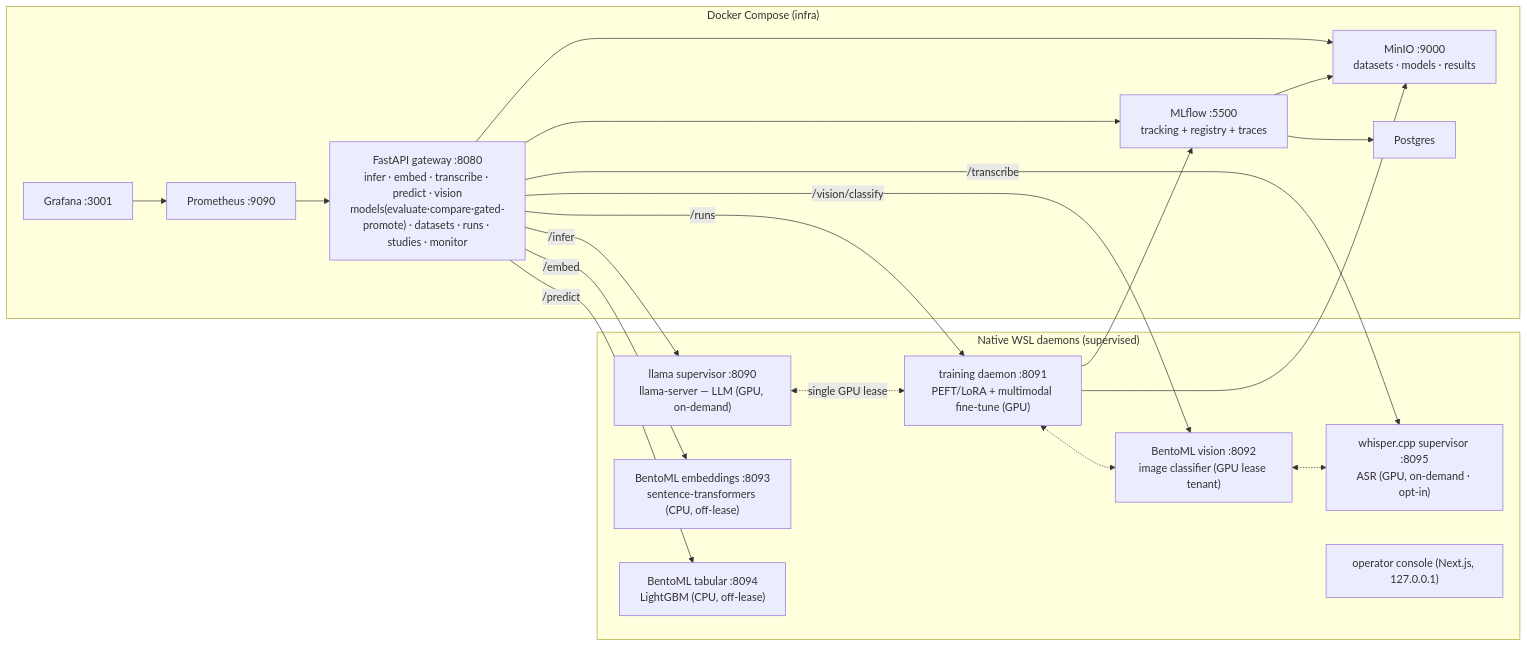
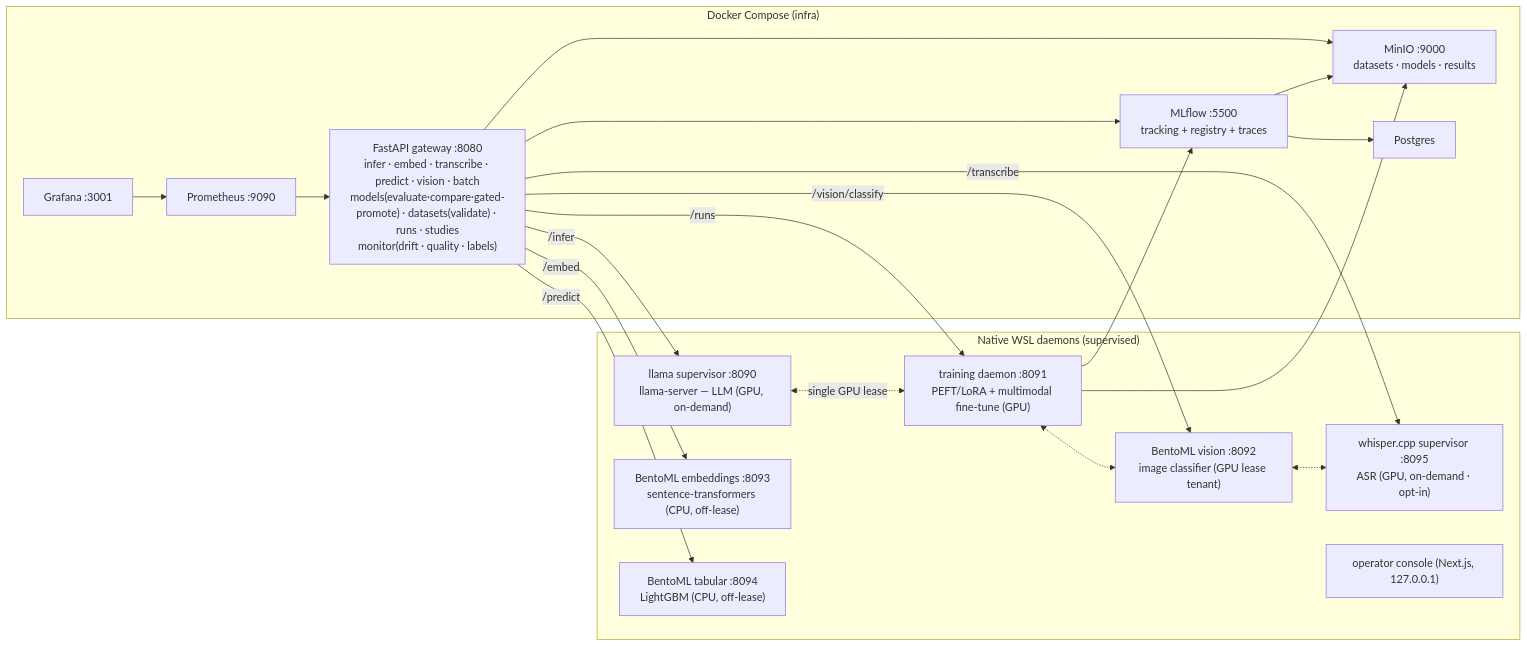
The diagram in README.md (kurtvalcorza/mlops-lite), drawn with Mermaid before and after one commit. The commit also changed other lines of this file and 3 other files, not shown here.

````diff
--- a/README.md
+++ b/README.md
@@ -25,37 +25,37 @@
 ```mermaid
 flowchart LR
   subgraph Compose["Docker Compose (infra)"]
-    GW["FastAPI gateway :8080<br/>infer · embed · transcribe · predict · vision<br/>models(evaluate·compare·gated-promote) · datasets · runs · studies · monitor"]
+    GW["FastAPI gateway :8080<br/>infer · embed · transcribe · predict · vision · batch<br/>models(evaluate·compare·gated-promote) · datasets(validate) · runs · studies<br/>monitor(drift · quality · labels)"]
     MLF["MLflow :5500<br/>tracking + registry + traces"]
     MIN["MinIO :9000<br/>datasets · models · results"]
     PG["Postgres"]
     PR["Prometheus :9090"]
     GR["Grafana :3001"]
   end
   subgraph WSL["Native WSL daemons (supervised)"]
     SUP["llama supervisor :8090<br/>llama-server — LLM (GPU, on-demand)"]
     TR["training daemon :8091<br/>PEFT/LoRA + multimodal fine-tune (GPU)"]
     BN["BentoML vision :8092<br/>image classifier (GPU lease tenant)"]
     EM["BentoML embeddings :8093<br/>sentence-transformers (CPU, off-lease)"]
     TB["BentoML tabular :8094<br/>LightGBM (CPU, off-lease)"]
     AS["whisper.cpp supervisor :8095<br/>ASR (GPU, on-demand · opt-in)"]
     UI["operator console (Next.js, 127.0.0.1)"]
   end
   GW -->|/infer| SUP
   GW -->|/runs| TR
   GW -->|/vision/classify| BN
   GW -->|/embed| EM
   GW -->|/predict| TB
   GW -->|/transcribe| AS
   GW --> MLF
   GW --> MIN
   MLF --> PG
   MLF --> MIN
   TR --> MLF
   TR --> MIN
   SUP <-.->|single GPU lease| TR
   TR <-.-> BN
   BN <-.-> AS
   PR --> GW
   GR --> PR
 ```
````
